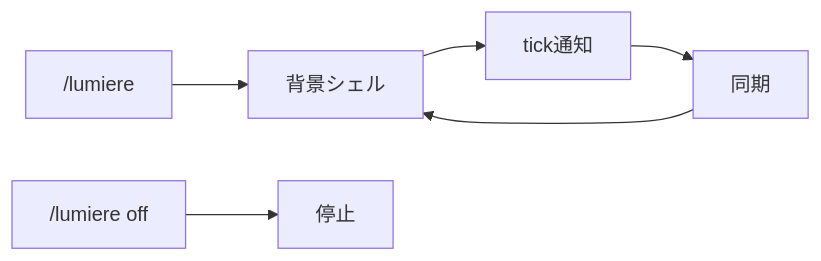
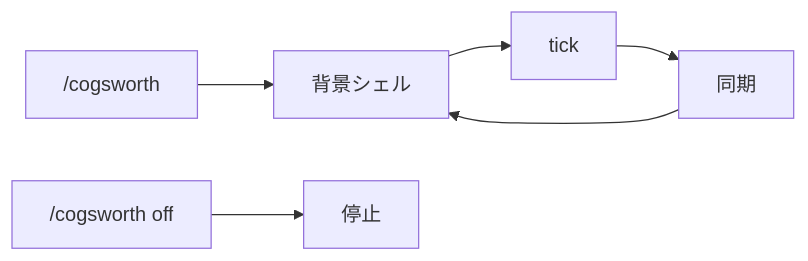
Before and after one commit to ac-nakamura-y/activecore: the second of 2 diagrams in CLAUDE.md, drawn with Mermaid. The commit also changed other lines of this file and 4 other files, not shown here.

First line of the commit message:
Rename Lumiere to Cogsworth and simplify loop scripts.

````diff
--- a/CLAUDE.md
+++ b/CLAUDE.md
@@ -94,8 +95,8 @@
 ```mermaid
 flowchart LR
-  enable["/lumiere"] --> loop["背景シェル"]
-  loop --> tick["tick通知"]
+  enable["/cogsworth"] --> loop["背景シェル"]
+  loop --> tick["tick"]
   tick --> sync["同期"]
   sync --> loop
-  disable["/lumiere off"] --> stop["停止"]
+  disable["/cogsworth off"] --> stop["停止"]
 ```
````
